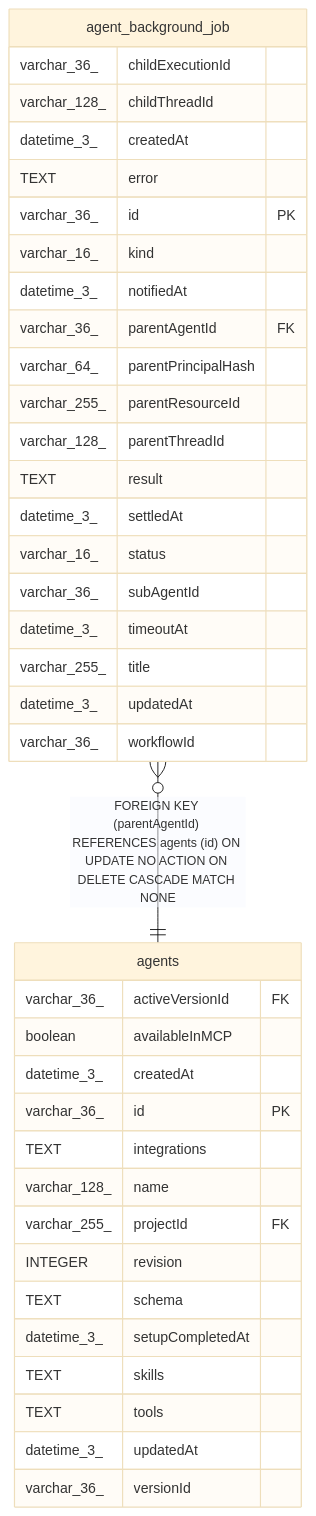
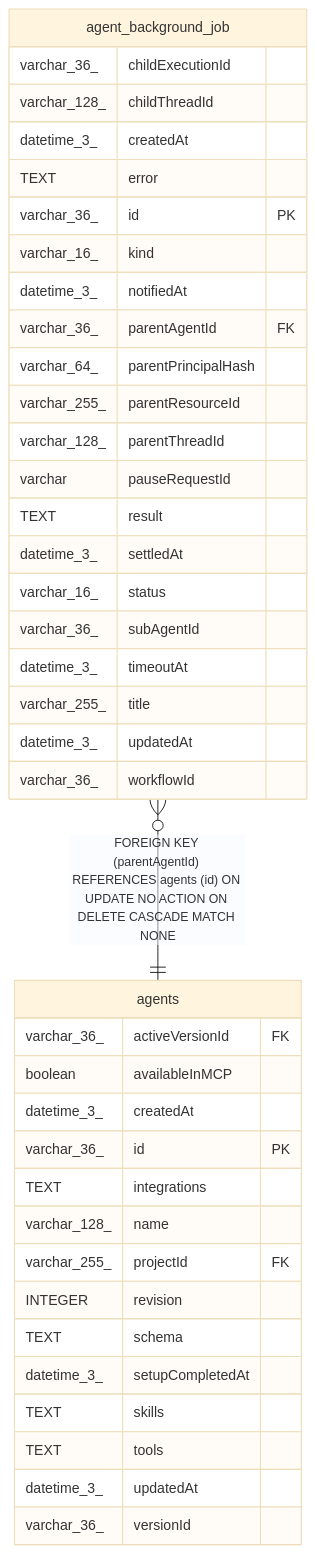
Before and after one commit to sreent/n8n: the diagram in docs/generated/sqlite-schema/agent_background_job.md, drawn with Mermaid (base theme). The commit also changed other lines of this file and 3224 other files, not shown here.

````diff
--- a/docs/generated/sqlite-schema/agent_background_job.md
+++ b/docs/generated/sqlite-schema/agent_background_job.md
@@ -62,43 +63,44 @@
 ```mermaid
 erDiagram
 
 "agent_background_job" }o--|| "agents" : "FOREIGN KEY (parentAgentId) REFERENCES agents (id) ON UPDATE NO ACTION ON DELETE CASCADE MATCH NONE"
 
 "agent_background_job" {
   varchar_36_ childExecutionId
   varchar_128_ childThreadId
   datetime_3_ createdAt
   TEXT error
   varchar_36_ id PK
   varchar_16_ kind
   datetime_3_ notifiedAt
   varchar_36_ parentAgentId FK
   varchar_64_ parentPrincipalHash
   varchar_255_ parentResourceId
   varchar_128_ parentThreadId
+  varchar pauseRequestId
   TEXT result
   datetime_3_ settledAt
   varchar_16_ status
   varchar_36_ subAgentId
   datetime_3_ timeoutAt
   varchar_255_ title
   datetime_3_ updatedAt
   varchar_36_ workflowId
 }
 "agents" {
   varchar_36_ activeVersionId FK
   boolean availableInMCP
   datetime_3_ createdAt
   varchar_36_ id PK
   TEXT integrations
   varchar_128_ name
   varchar_255_ projectId FK
   INTEGER revision
   TEXT schema
   datetime_3_ setupCompletedAt
   TEXT skills
   TEXT tools
   datetime_3_ updatedAt
   varchar_36_ versionId
 }
 ```
````
